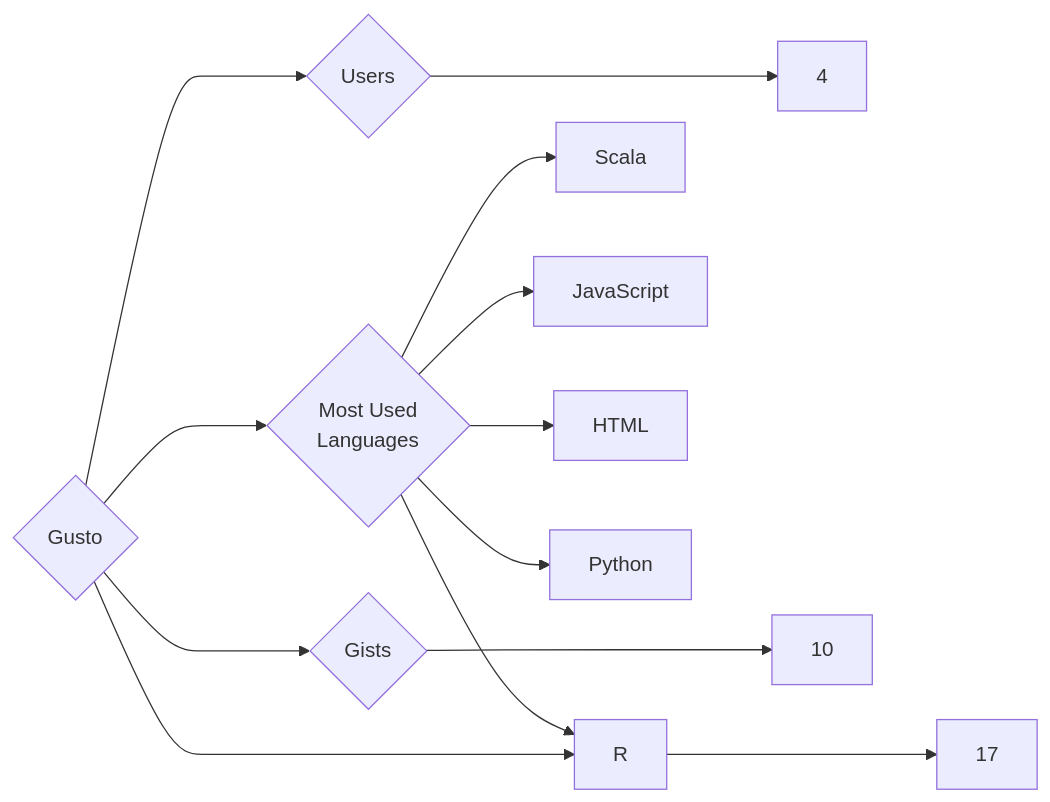
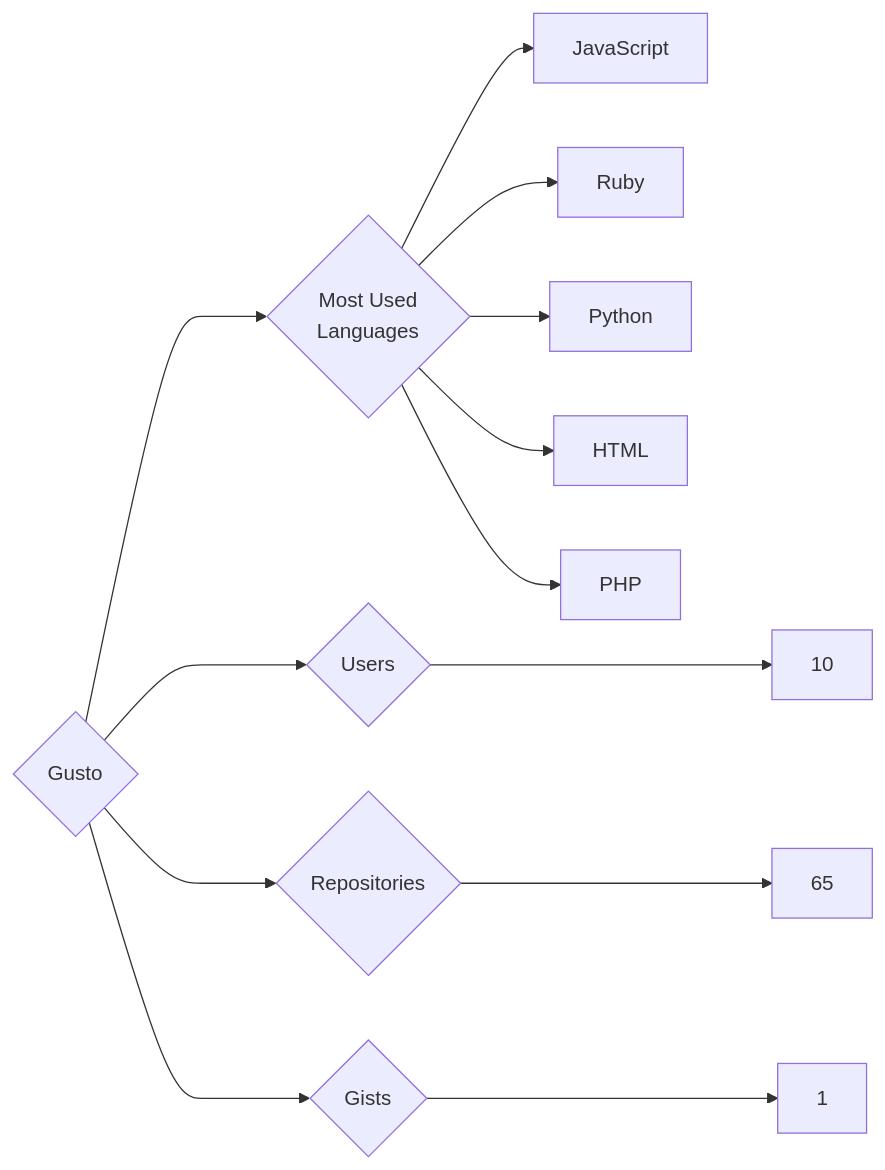
One commit to trickest/insiders changed the diagram in targets/Gusto/README.md. Above: the diagram before and after it, drawn with Mermaid. The commit also changed 988 other files, not shown here.

````diff
--- a/targets/Gusto/README.md
+++ b/targets/Gusto/README.md
@@ -3,13 +3,13 @@
 ```mermaid
 graph LR
 COMPANY_NAME{Gusto}
-COMPANY_NAME ---> U{Users} ---> UN[4]
-COMPANY_NAME ---> R{Repositories} ---> RN[17]
-COMPANY_NAME ---> G{Gists} ---> GN[10]
+COMPANY_NAME ---> U{Users} ---> UN[10]
+COMPANY_NAME ---> R{Repositories} ---> RN[65]
+COMPANY_NAME ---> G{Gists} ---> GN[1]
 COMPANY_NAME ---> ML{Most Used<br>Languages}
-ML --> Scala[Scala]
 ML --> JavaScript[JavaScript]
-ML --> R[R]
+ML --> Ruby[Ruby]
+ML --> Python[Python]
 ML --> HTML[HTML]
-ML --> Python[Python]
+ML --> PHP[PHP]
 ```
````
